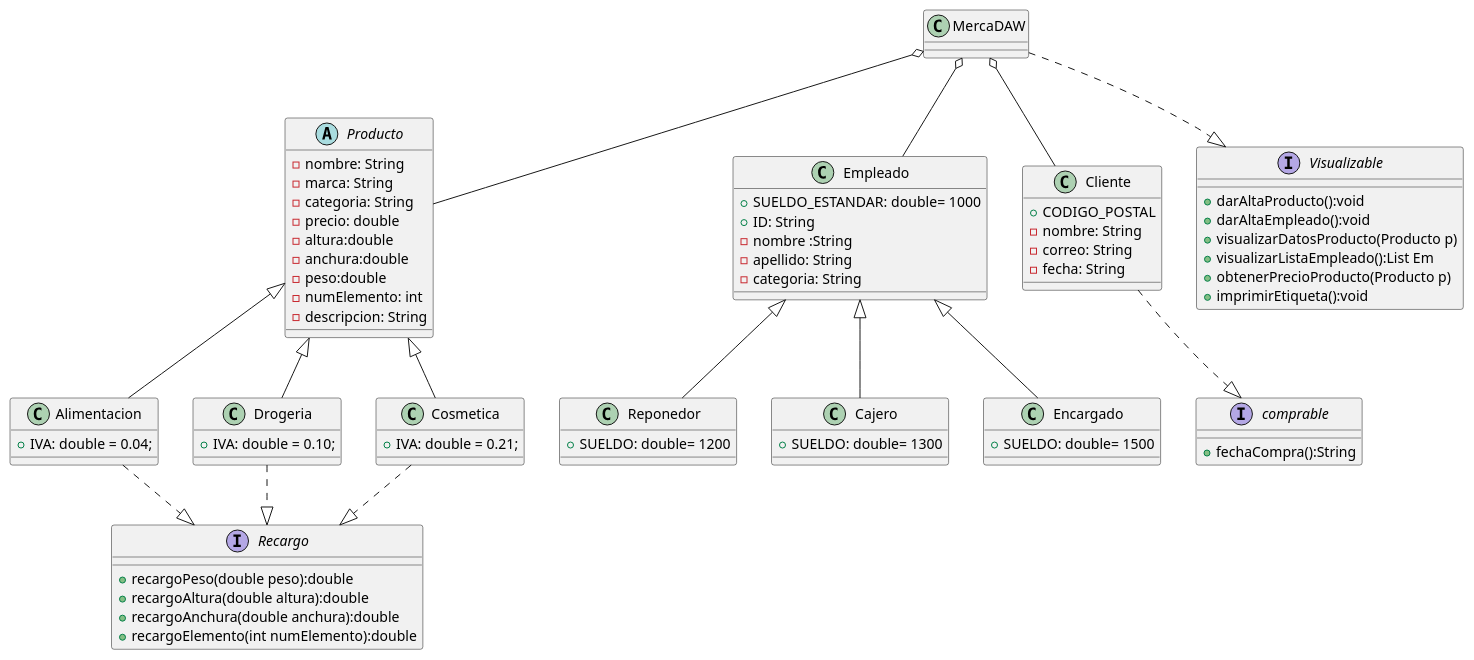
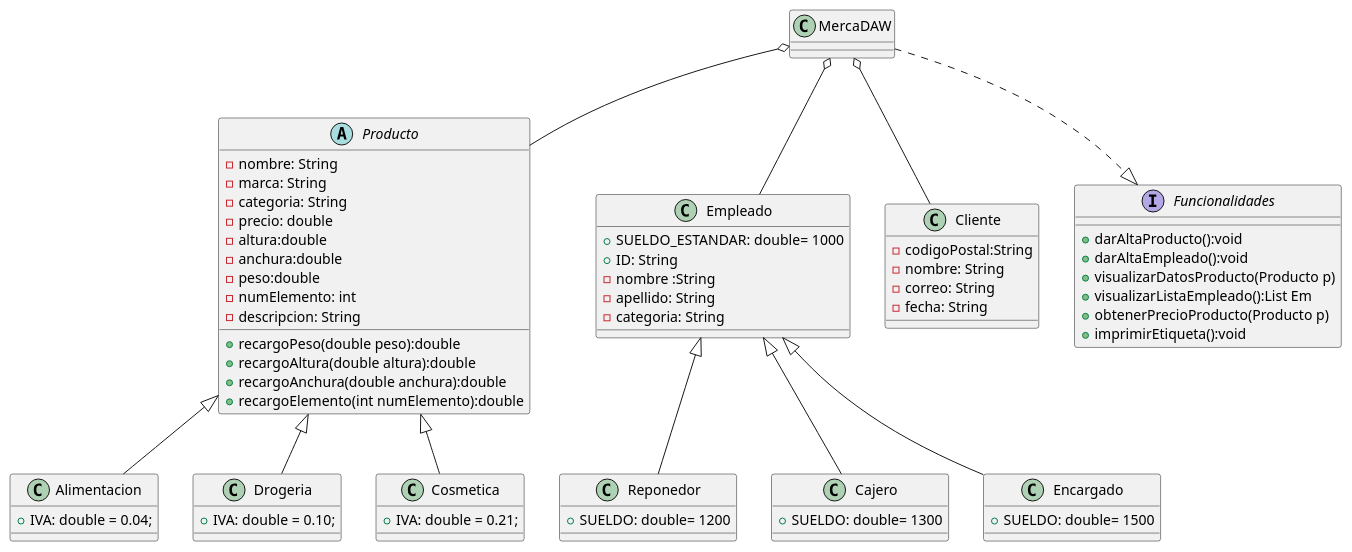
The diagram in docs/diagramaClases.pu (EmiOba/practica), drawn with PlantUML before and after one commit. The commit also changed 20 other files, not shown here.

```diff
--- a/docs/diagramaClases.pu
+++ b/docs/diagramaClases.pu
@@ -2,84 +2,77 @@
 @startuml diagrama de clase 
 
 class MercaDAW{
 }
 abstract Producto{
    - nombre: String
    - marca: String
    - categoria: String
    - precio: double
    - altura:double
    - anchura:double 
    - peso:double
    - numElemento: int
    - descripcion: String
-}
-interface Recargo{
    + recargoPeso(double peso):double
    + recargoAltura(double altura):double
    + recargoAnchura(double anchura):double
    + recargoElemento(int numElemento):double
 
 }
+
 class Alimentacion{
    + IVA: double = 0.04;
 }
 class Drogeria{
    + IVA: double = 0.10; 
 }
 class Cosmetica{
    + IVA: double = 0.21;
 }
 class Empleado{
    + SUELDO_ESTANDAR: double= 1000
    + ID: String
    - nombre :String
    - apellido: String
    - categoria: String
 }
 class Reponedor{
    + SUELDO: double= 1200
 }
 class Cajero{
    + SUELDO: double= 1300
 }
 class Encargado{
    + SUELDO: double= 1500
 }
 class Cliente{
-   + CODIGO_POSTAL
+   - codigoPostal:String
    - nombre: String
    - correo: String
    - fecha: String
 }
-interface comprable{
-   + fechaCompra():String
-}
-interface Visualizable{
+interface Funcionalidades{
    + darAltaProducto():void
    + darAltaEmpleado():void
    + visualizarDatosProducto(Producto p)
    + visualizarListaEmpleado():List Em
    + obtenerPrecioProducto(Producto p)
    + imprimirEtiqueta():void
+  
 }
 
 MercaDAW o-- Producto
 MercaDAW o-- Empleado
 MercaDAW o-- Cliente
 
 Producto <|-- Alimentacion 
 Producto <|-- Drogeria
 Producto <|-- Cosmetica
 
 Empleado <|-- Reponedor
 Empleado <|-- Cajero
 Empleado <|-- Encargado
 
-Cliente ..|> comprable
+MercaDAW ..|> Funcionalidades
 
-MercaDAW ..|> Visualizable
-Alimentacion ..|> Recargo
-Drogeria ..|> Recargo
-Cosmetica ..|> Recargo
 @enduml
```
